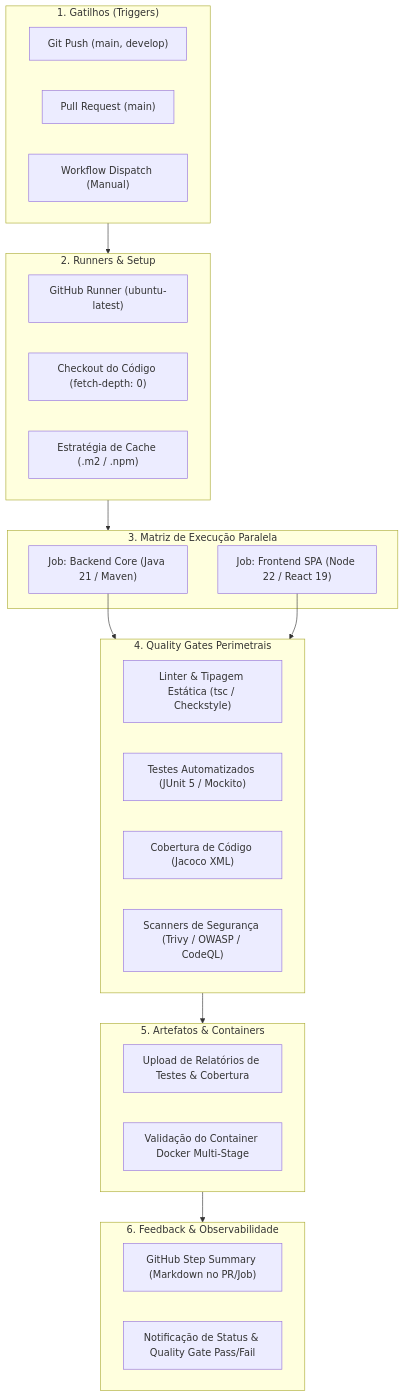
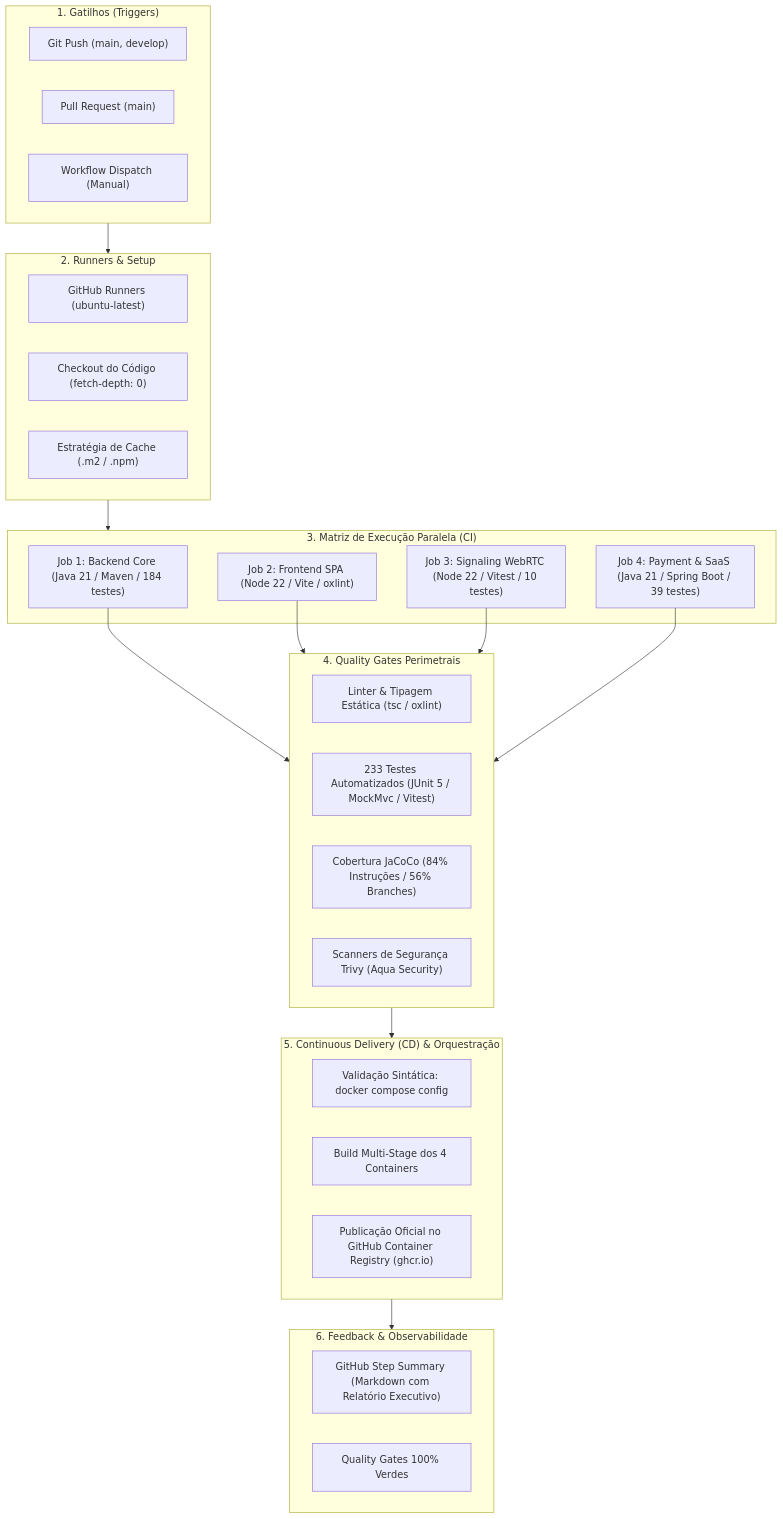
The diagram in 4-Semestre/docs/ARQUITETURA_PIPELINE_CICD_E_QUALITY_GATES.md (GuilhermeSilva-25/active-age), drawn with Mermaid before and after one commit. The commit also changed other lines of this file and 13 other files, not shown here.

````diff
--- a/4-Semestre/docs/ARQUITETURA_PIPELINE_CICD_E_QUALITY_GATES.md
+++ b/4-Semestre/docs/ARQUITETURA_PIPELINE_CICD_E_QUALITY_GATES.md
@@ -19,43 +19,48 @@
 ```mermaid
 flowchart TD
     subgraph P1["1. Gatilhos (Triggers)"]
         TR_PUSH["Git Push (main, develop)"]
         TR_PR["Pull Request (main)"]
         TR_MANUAL["Workflow Dispatch (Manual)"]
     end
 
     subgraph P2["2. Runners & Setup"]
-        RUNNER["GitHub Runner (ubuntu-latest)"]
+        RUNNER["GitHub Runners (ubuntu-latest)"]
         CHECKOUT["Checkout do Código (fetch-depth: 0)"]
         CACHE["Estratégia de Cache (.m2 / .npm)"]
     end
 
-    subgraph P3["3. Matriz de Execução Paralela"]
-        JOB_BACK["Job: Backend Core (Java 21 / Maven)"]
-        JOB_FRONT["Job: Frontend SPA (Node 22 / React 19)"]
+    subgraph P3["3. Matriz de Execução Paralela (CI)"]
+        JOB_BACK["Job 1: Backend Core (Java 21 / Maven / 184 testes)"]
+        JOB_FRONT["Job 2: Frontend SPA (Node 22 / Vite / oxlint)"]
+        JOB_SIG["Job 3: Signaling WebRTC (Node 22 / Vitest / 10 testes)"]
+        JOB_PAG["Job 4: Payment & SaaS (Java 21 / Spring Boot / 39 testes)"]
     end
 
     subgraph P4["4. Quality Gates Perimetrais"]
-        LINT["Linter & Tipagem Estática (tsc / Checkstyle)"]
-        TESTS["Testes Automatizados (JUnit 5 / Mockito)"]
-        COV["Cobertura de Código (Jacoco XML)"]
-        SEC["Scanners de Segurança (Trivy / OWASP / CodeQL)"]
+        LINT["Linter & Tipagem Estática (tsc / oxlint)"]
+        TESTS["233 Testes Automatizados (JUnit 5 / MockMvc / Vitest)"]
+        COV["Cobertura JaCoCo (84% Instruções / 56% Branches)"]
+        SEC["Scanners de Segurança Trivy (Aqua Security)"]
     end
 
-    subgraph P5["5. Artefatos & Containers"]
-        ARTIFACTS["Upload de Relatórios de Testes & Cobertura"]
-        DOCKER["Validação do Container Docker Multi-Stage"]
+    subgraph P5["5. Continuous Delivery (CD) & Orquestração"]
+        COMPOSE["Validação Sintática: docker compose config"]
+        DOCKER["Build Multi-Stage dos 4 Containers"]
+        GHCR["Publicação Oficial no GitHub Container Registry (ghcr.io)"]
     end
 
     subgraph P6["6. Feedback & Observabilidade"]
-        SUMMARY["GitHub Step Summary (Markdown no PR/Job)"]
-        NOTIFY["Notificação de Status & Quality Gate Pass/Fail"]
+        SUMMARY["GitHub Step Summary (Markdown com Relatório Executivo)"]
+        NOTIFY["Quality Gates 100% Verdes"]
     end
 
     P1 --> P2
     P2 --> P3
     JOB_BACK --> P4
     JOB_FRONT --> P4
+    JOB_SIG --> P4
+    JOB_PAG --> P4
     P4 --> P5
     P5 --> P6
 ```
````
